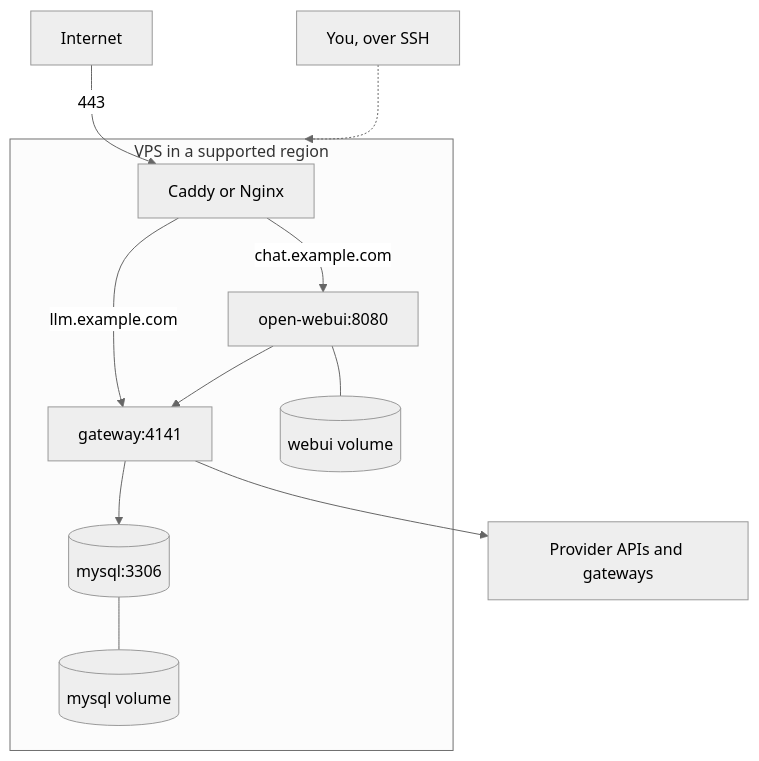
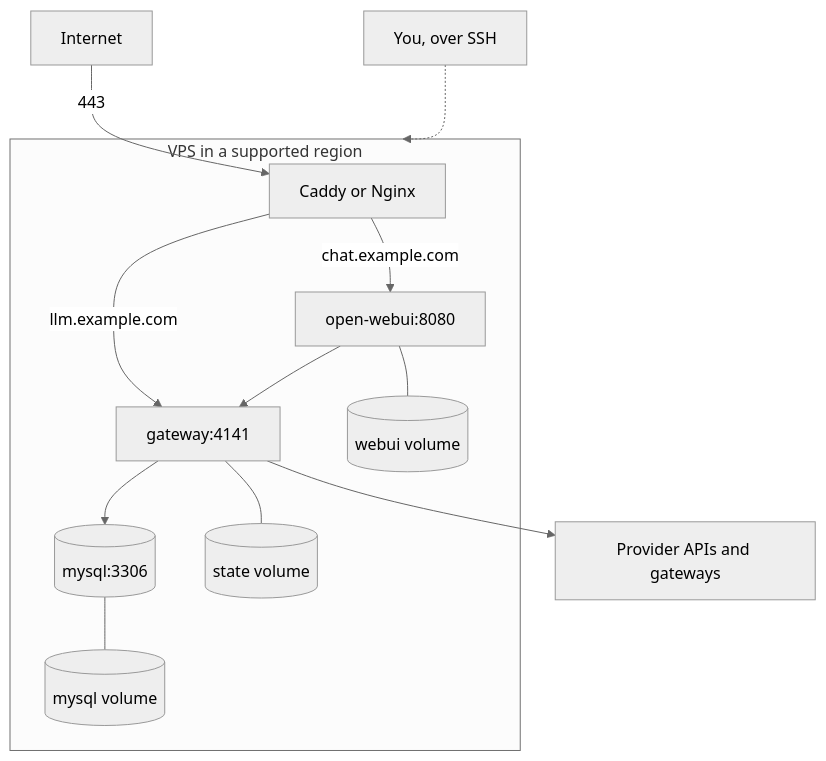
The ninth of 11 diagrams in docs/DESIGN.md (ruobin/llm-rudder), drawn with Mermaid (neutral theme) before and after one commit. The commit also changed other lines of this file and 3 other files, not shown here.

````diff
--- a/docs/DESIGN.md
+++ b/docs/DESIGN.md
@@ -1323,14 +1381,15 @@
 ```mermaid
 flowchart TB
   NET["Internet"] -->|"443"| RP["Caddy or Nginx"]
   subgraph HOST["VPS in a supported region"]
     RP -->|"llm.example.com"| GW["gateway:4141"]
     RP -->|"chat.example.com"| UI["open-webui:8080"]
     UI --> GW
     GW --> DB[("mysql:3306")]
+    GW --- STATE[("state volume")]
     DB --- VOL[("mysql volume")]
     UI --- VOL2[("webui volume")]
   end
   GW --> UP["Provider APIs and gateways"]
   OPS["You, over SSH"] -.-> HOST
 ```
````
